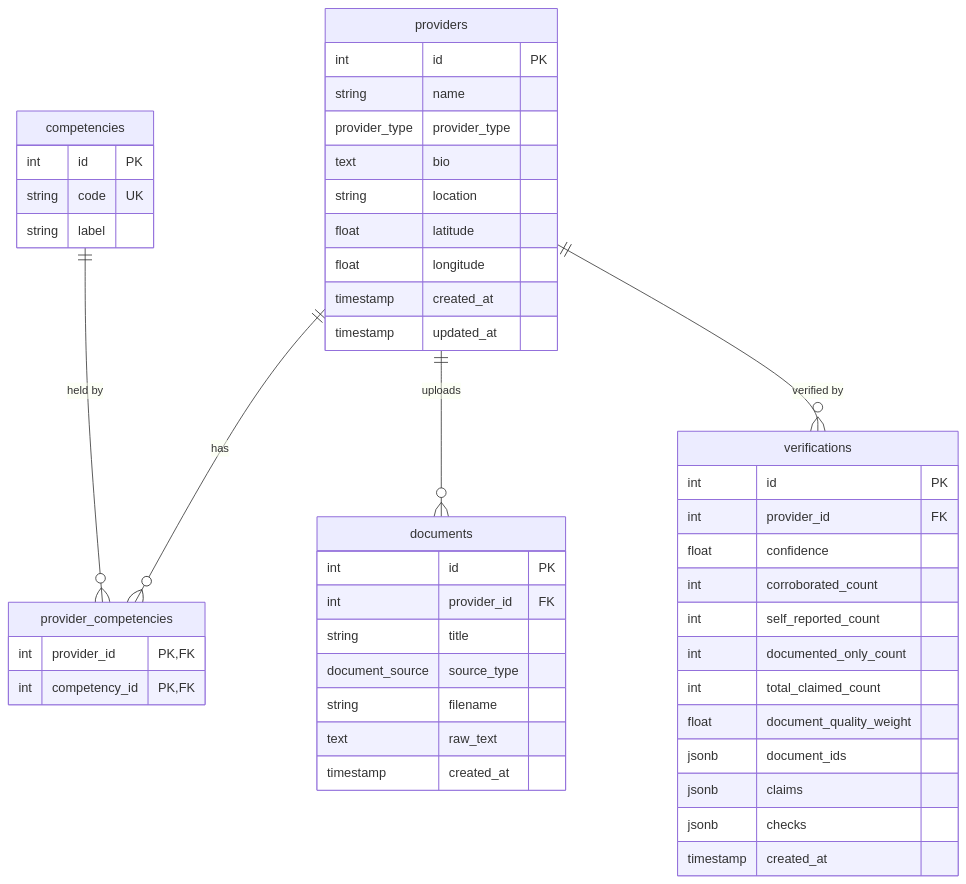
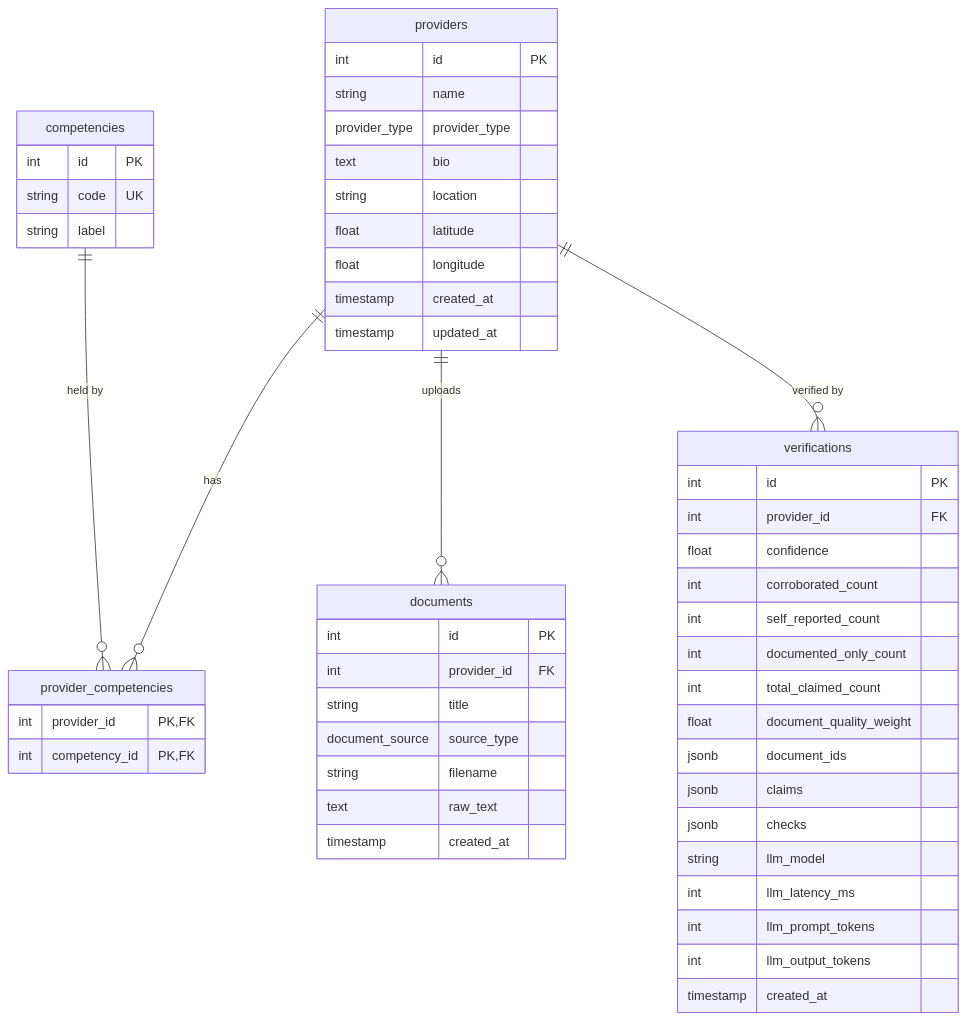
The diagram in docs/databaseschema.md (ernqiteng/Vouch), drawn with Mermaid before and after one commit. The commit also changed other lines of this file, not shown here.

Commit message:
docs: add LLM metrics columns to database schema

````diff
--- a/docs/databaseschema.md
+++ b/docs/databaseschema.md
@@ -9,51 +9,55 @@
 ```mermaid
 erDiagram
     providers ||--o{ provider_competencies : has
     competencies ||--o{ provider_competencies : "held by"
     providers ||--o{ documents : uploads
     providers ||--o{ verifications : "verified by"
 
     providers {
         int id PK
         string name
         provider_type provider_type
         text bio
         string location
         float latitude
         float longitude
         timestamp created_at
         timestamp updated_at
     }
     competencies {
         int id PK
         string code UK
         string label
     }
     provider_competencies {
         int provider_id PK, FK
         int competency_id PK, FK
     }
     documents {
         int id PK
         int provider_id FK
         string title
         document_source source_type
         string filename
         text raw_text
         timestamp created_at
     }
     verifications {
         int id PK
         int provider_id FK
         float confidence
         int corroborated_count
         int self_reported_count
         int documented_only_count
         int total_claimed_count
         float document_quality_weight
         jsonb document_ids
         jsonb claims
         jsonb checks
+        string llm_model
+        int llm_latency_ms
+        int llm_prompt_tokens
+        int llm_output_tokens
         timestamp created_at
     }
 ```
````
